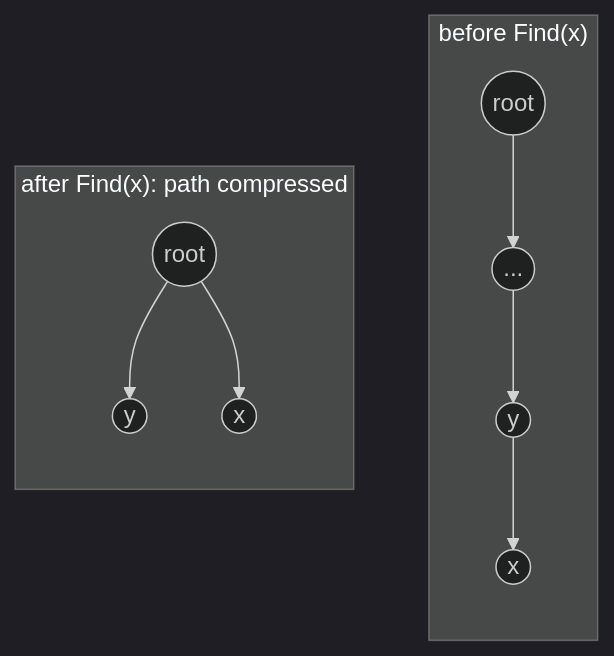
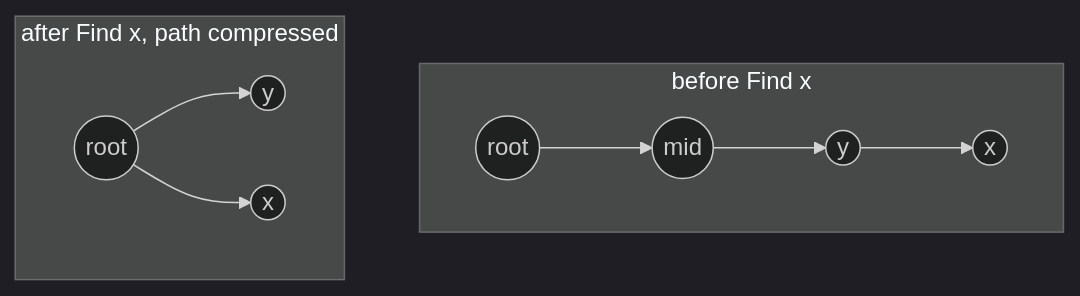
One commit to xudipta/prep changed the first of 2 diagrams in dsa/union-find/README.md. Above: the diagram before and after it, drawn with Mermaid (dark theme). The commit also changed 5 other files, not shown here.

````diff
--- a/dsa/union-find/README.md
+++ b/dsa/union-find/README.md
@@ -36,13 +36,11 @@
 ```mermaid
 flowchart TD
-    subgraph before ["before Find(x)"]
-    direction TD
-    R1((root)) --> B1(("...")) --> C1((y)) --> X1((x))
+    subgraph before [before Find x]
+    R1((root)) --> B1((mid)) --> C1((y)) --> X1((x))
     end
-    subgraph after ["after Find(x): path compressed"]
-    direction TD
+    subgraph after [after Find x, path compressed]
     R2((root))
     R2 --> C2((y))
     R2 --> X2((x))
     end
 ```
````
